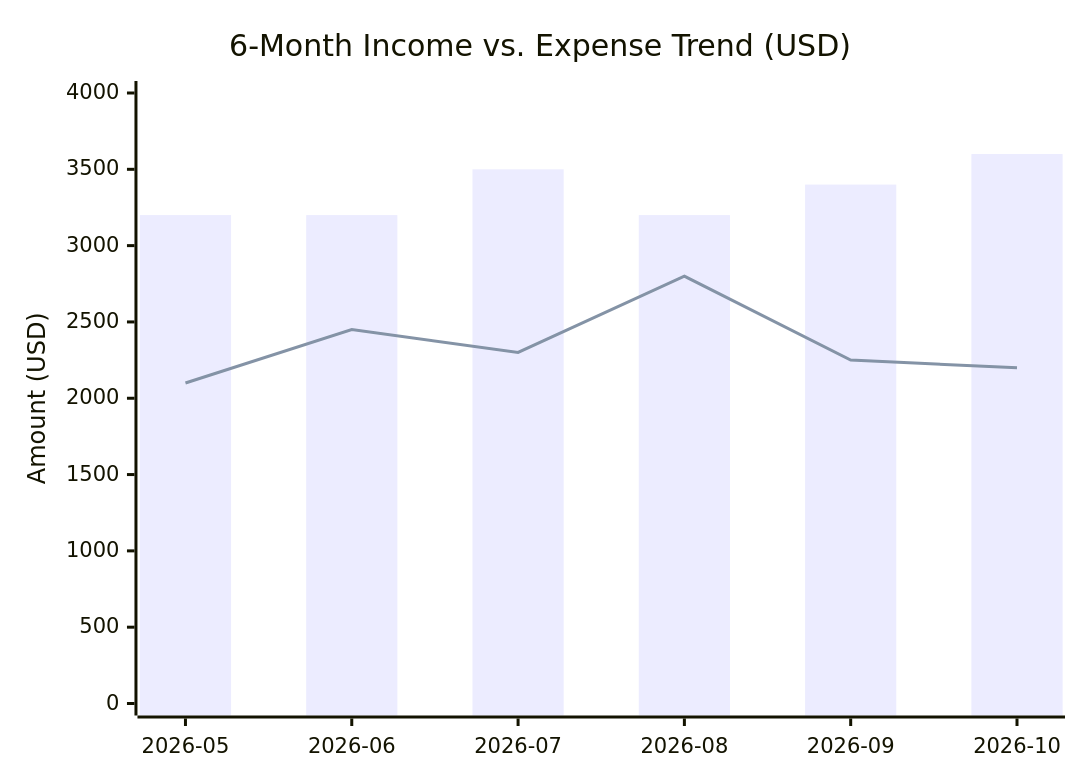
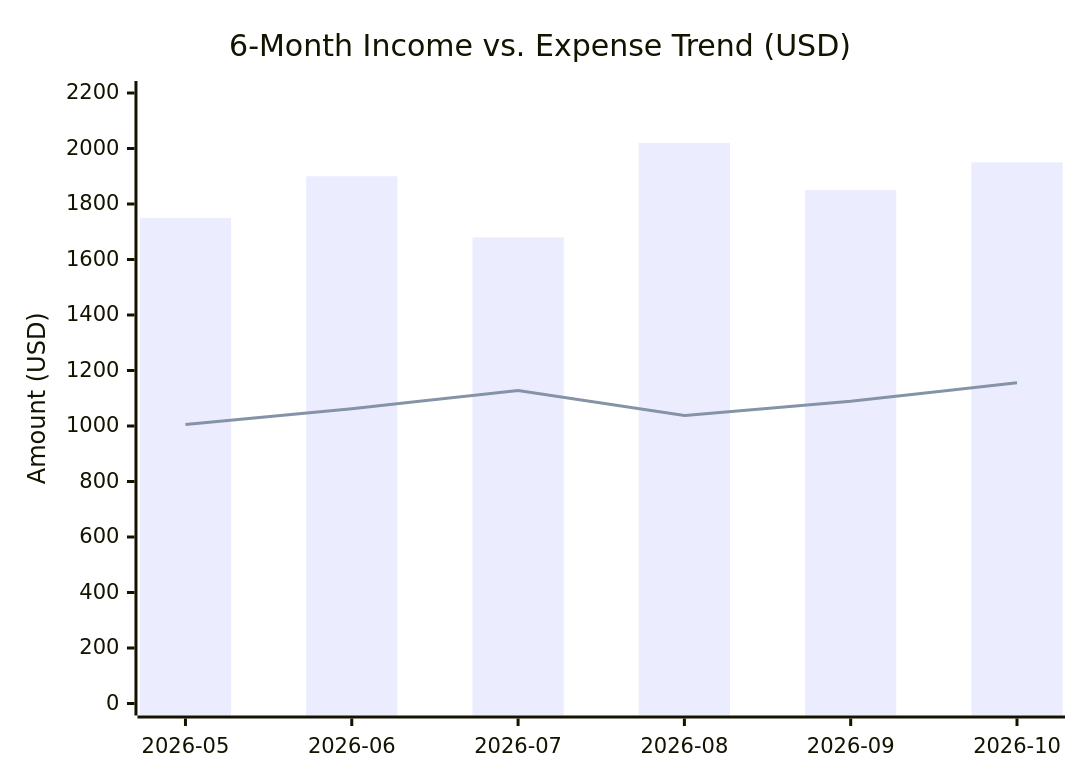
One commit to johnappleseed-sk/personal-finance-tracker changed the third of 5 diagrams in MIS_ASSIGNMENT_REPORT.md. Above: the diagram before and after it, drawn with Mermaid. The commit also changed other lines of this file and 39 other files, not shown here.

````diff
--- a/MIS_ASSIGNMENT_REPORT.md
+++ b/MIS_ASSIGNMENT_REPORT.md
@@ -186,8 +189,8 @@
 ```mermaid
 xychart-beta
     title "6-Month Income vs. Expense Trend (USD)"
     x-axis ["2026-05", "2026-06", "2026-07", "2026-08", "2026-09", "2026-10"]
-    y-axis "Amount (USD)" 0 --> 4000
-    bar [3200, 3200, 3500, 3200, 3400, 3600]
-    line [2100, 2450, 2300, 2800, 2250, 2200]
+    y-axis "Amount (USD)" 0 --> 2200
+    bar [1750, 1900, 1680, 2020, 1850, 1950]
+    line [1005, 1062, 1128, 1038, 1089, 1156]
 ```
````
